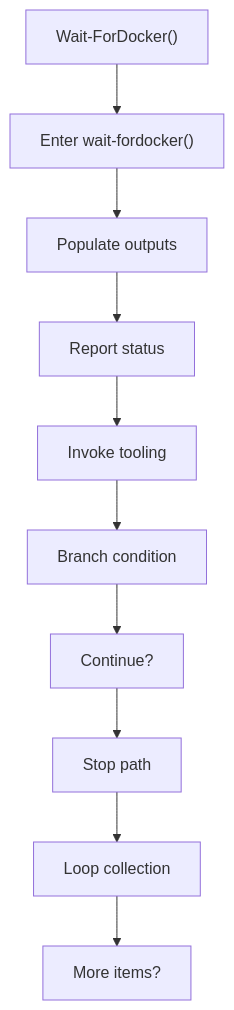
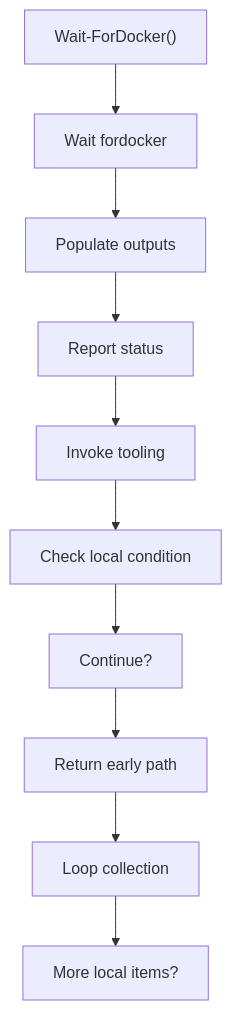
The first of 2 diagrams in docs/Codebase/Infrastructure/session-orchestration/bootstrap_and_deploy/functions/wait_fordocker.ps1.md (JohnAndrewBalbarosa/NeoTerritory), drawn with Mermaid before and after one commit. The commit also changed other lines of this file and 915 other files, not shown here.

````diff
--- a/docs/Codebase/Infrastructure/session-orchestration/bootstrap_and_deploy/functions/wait_fordocker.ps1.md
+++ b/docs/Codebase/Infrastructure/session-orchestration/bootstrap_and_deploy/functions/wait_fordocker.ps1.md
@@ -25,22 +25,22 @@
 ```mermaid
 flowchart TD
     N0["Wait-ForDocker()"]
-    N1["Enter wait-fordocker()"]
+    N1["Wait fordocker"]
     N2["Populate outputs"]
     N3["Report status"]
     N4["Invoke tooling"]
-    N5["Branch condition"]
+    N5["Check local condition"]
     N6["Continue?"]
-    N7["Stop path"]
+    N7["Return early path"]
     N8["Loop collection"]
-    N9["More items?"]
+    N9["More local items?"]
     N0 --> N1
     N1 --> N2
     N2 --> N3
     N3 --> N4
     N4 --> N5
     N5 --> N6
     N6 --> N7
     N7 --> N8
     N8 --> N9
 ```
````
